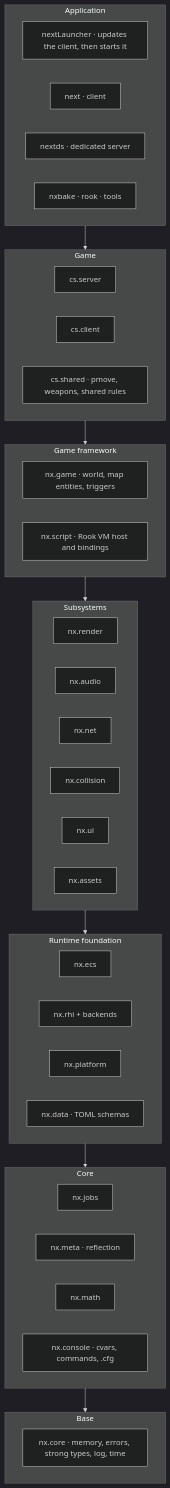
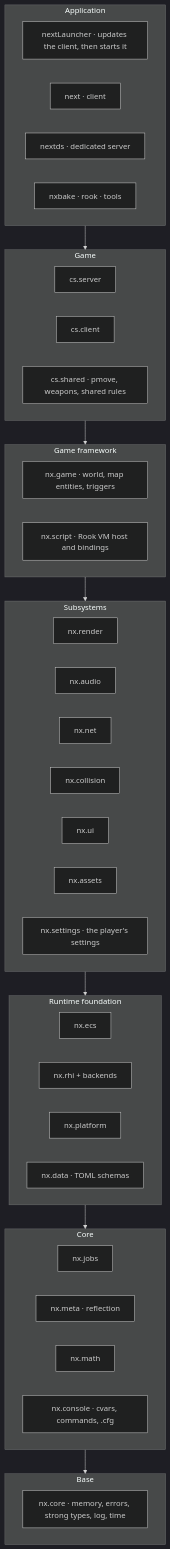
One commit to BRUN0R2/modern-client.v2 changed the first of 4 diagrams in docs/01-architecture.md. Above: the diagram before and after it, drawn with Mermaid (dark theme). The commit also changed other lines of this file and 18 other files, not shown here.

````diff
--- a/docs/01-architecture.md
+++ b/docs/01-architecture.md
@@ -9,42 +9,43 @@
 ```mermaid
 flowchart TB
     subgraph L6[Application]
         APP_L[nextLauncher · updates the client, then starts it]
         APP_C[next · client]
         APP_S[nextds · dedicated server]
         TOOLS[nxbake · rook · tools]
     end
     subgraph L5[Game]
         CS_SV[cs.server]
         CS_CL[cs.client]
         CS_SH[cs.shared · pmove, weapons, shared rules]
     end
     subgraph L4[Game framework]
         GAME[nx.game · world, map entities, triggers]
         SCRIPT[nx.script · Rook VM host and bindings]
     end
     subgraph L3[Subsystems]
         RENDER[nx.render]
         AUDIO[nx.audio]
         NET[nx.net]
         COLL[nx.collision]
         UI[nx.ui]
         ASSETS[nx.assets]
+        SETTINGS[nx.settings · the player's settings]
     end
     subgraph L2[Runtime foundation]
         ECS[nx.ecs]
         RHI[nx.rhi + backends]
         PLAT[nx.platform]
         DATA[nx.data · TOML schemas]
     end
     subgraph L1[Core]
         JOBS[nx.jobs]
         META[nx.meta · reflection]
         MATH[nx.math]
         CONSOLE[nx.console · cvars, commands, .cfg]
     end
     subgraph L0[Base]
         CORE[nx.core · memory, errors, strong types, log, time]
     end
     L6 --> L5 --> L4 --> L3 --> L2 --> L1 --> L0
 ```
````
